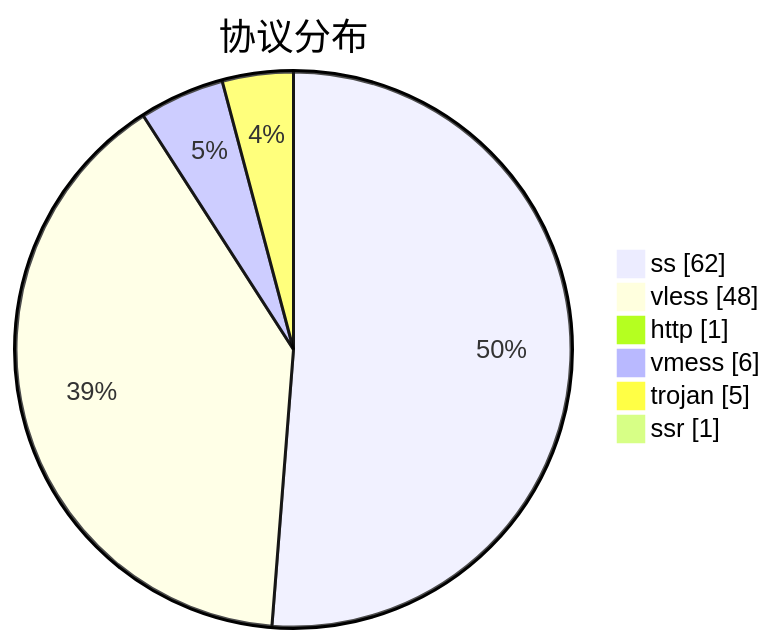
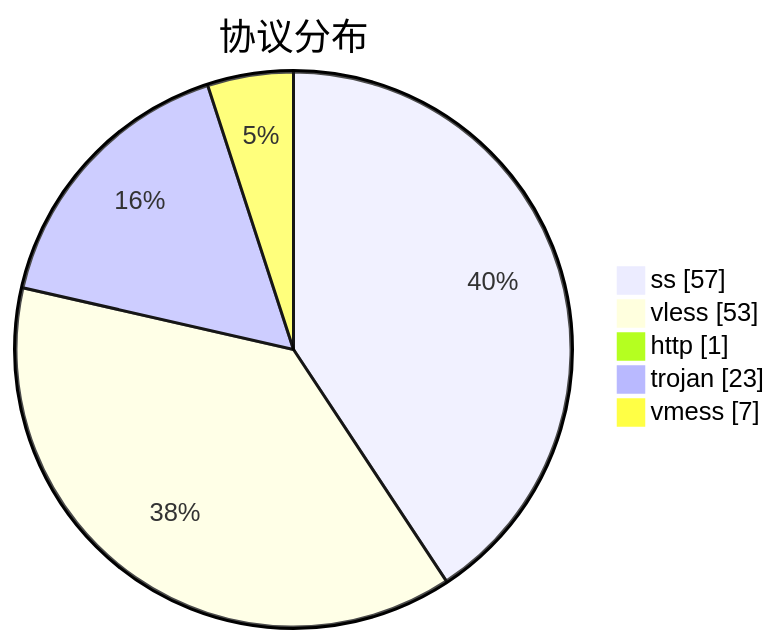
The third of 3 diagrams in subs/statistics/tested_within.md (qjlxg/airport), drawn with Mermaid before and after one commit. The commit also changed other lines of this file and 2 other files, not shown here.

````diff
--- a/subs/statistics/tested_within.md
+++ b/subs/statistics/tested_within.md
@@ -23,10 +25,9 @@
 ```mermaid
 pie showData
 title 协议分布
-"ss" : 62
-"vless" : 48
+"ss" : 57
+"vless" : 53
 "http" : 1
-"vmess" : 6
-"trojan" : 5
-"ssr" : 1
+"trojan" : 23
+"vmess" : 7
 ```
````
